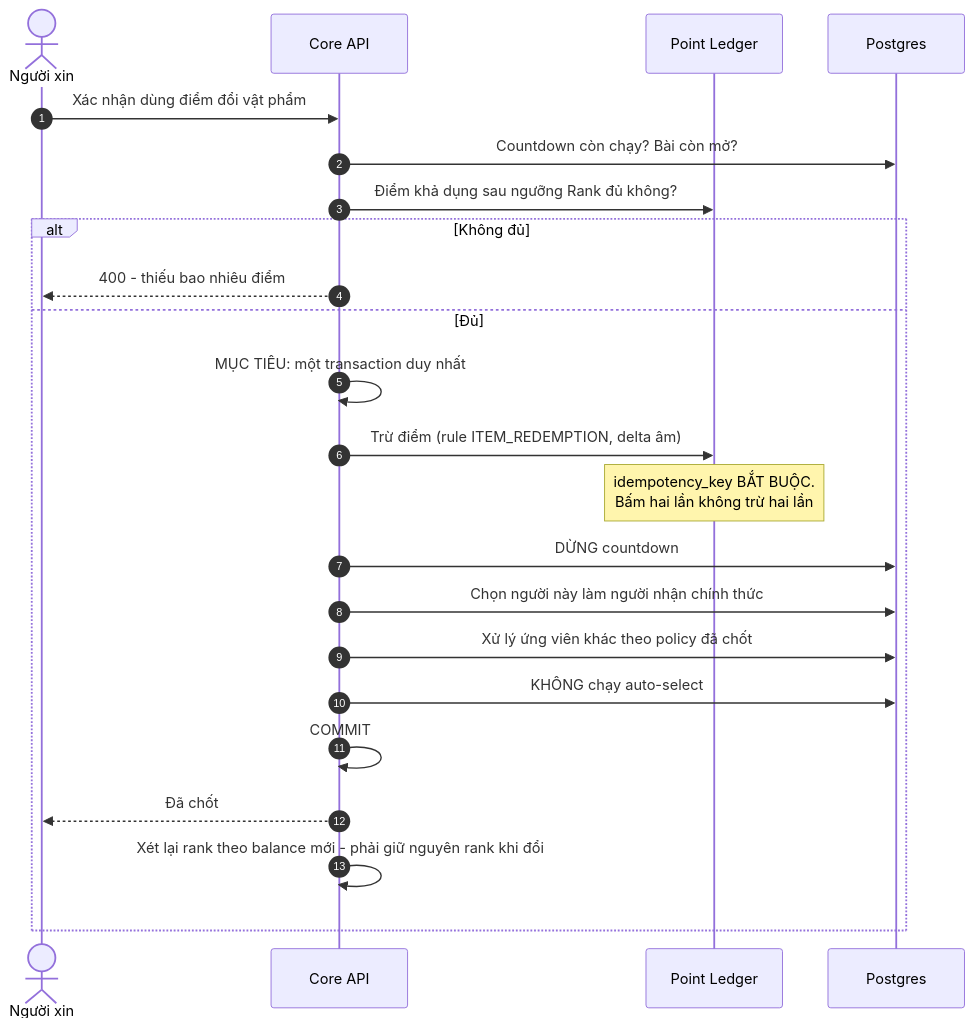
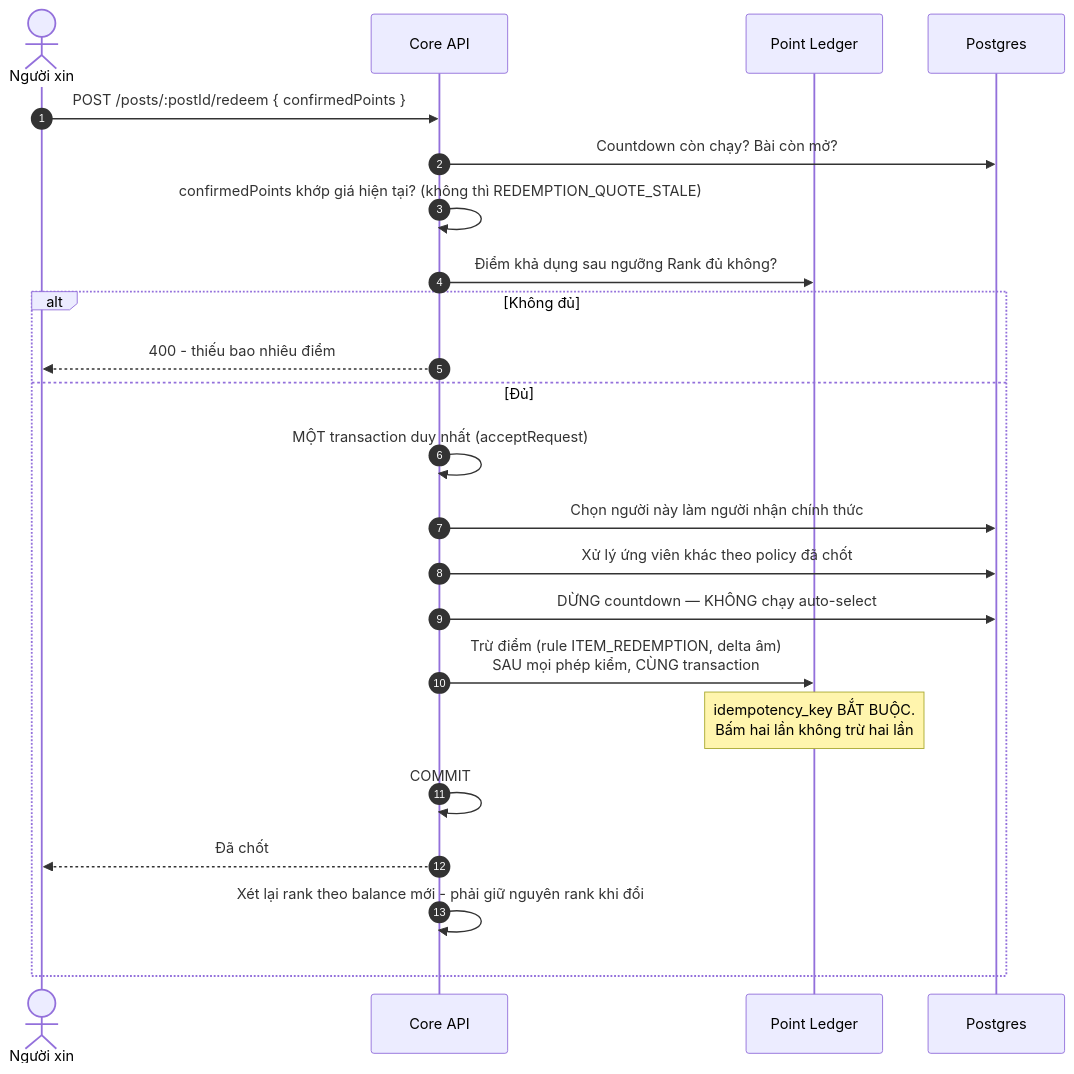
Before and after one commit to fdshn/trueheart: the third of 4 diagrams in docs/diagram/14-redemption.md, drawn with Mermaid. The commit also changed other lines of this file and 49 other files, not shown here.

````diff
--- a/docs/diagram/14-redemption.md
+++ b/docs/diagram/14-redemption.md
@@ -106,26 +111,26 @@
 ```mermaid
 sequenceDiagram
     autonumber
     actor R as Người xin
     participant API as Core API
     participant P as Point Ledger
     participant DB as Postgres
 
-    R->>API: Xác nhận dùng điểm đổi vật phẩm
+    R->>API: POST /posts/:postId/redeem { confirmedPoints }
     API->>DB: Countdown còn chạy? Bài còn mở?
+    API->>API: confirmedPoints khớp giá hiện tại? (không thì REDEMPTION_QUOTE_STALE)
     API->>P: Điểm khả dụng sau ngưỡng Rank đủ không?
     alt Không đủ
         API-->>R: 400 - thiếu bao nhiêu điểm
     else Đủ
-        API->>API: MỤC TIÊU: một transaction duy nhất
-        API->>P: Trừ điểm (rule ITEM_REDEMPTION, delta âm)
-        Note over P: idempotency_key BẮT BUỘC.<br/>Bấm hai lần không trừ hai lần
-        API->>DB: DỪNG countdown
+        API->>API: MỘT transaction duy nhất (acceptRequest)
         API->>DB: Chọn người này làm người nhận chính thức
         API->>DB: Xử lý ứng viên khác theo policy đã chốt
-        API->>DB: KHÔNG chạy auto-select
+        API->>DB: DỪNG countdown — KHÔNG chạy auto-select
+        API->>P: Trừ điểm (rule ITEM_REDEMPTION, delta âm)<br/>SAU mọi phép kiểm, CÙNG transaction
+        Note over P: idempotency_key BẮT BUỘC.<br/>Bấm hai lần không trừ hai lần
         API->>API: COMMIT
         API-->>R: Đã chốt
         API->>API: Xét lại rank theo balance mới - phải giữ nguyên rank khi đổi
     end
 ```
````
